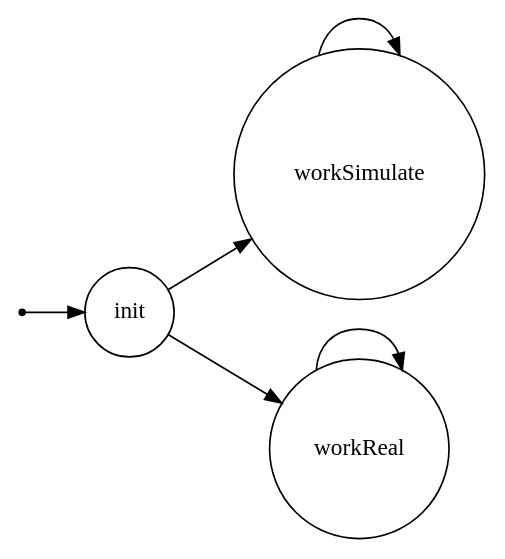
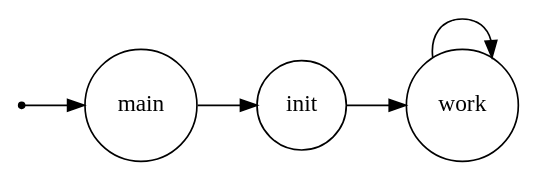
The diagram in srcMore/it/unibo/sensorsonar/dotFsm.gv (Diantha/TemaFinaleISS), drawn with Graphviz before and after one commit. The commit also changed 13 other files, not shown here.

```diff
--- a/srcMore/it/unibo/sensorsonar/dotFsm.gv
+++ b/srcMore/it/unibo/sensorsonar/dotFsm.gv
@@ -1,25 +1,24 @@
 /*
 *
 * A GraphViz DOT FSM description 
 * Please use a GraphViz visualizer (like http://www.webgraphviz.com)
 * 
 * Generated by AM,NC,RM
 *  
 */
  
 digraph finite_state_machine {
   	rankdir=LR;
   	size="8,5"
   	node [shape = point]; iniziale;
   	node [shape = doublecircle]; 
   	node [shape = circle];
-  	iniziale -> init [label = ""];
+  	iniziale -> main [label = ""];
   	
   	
-  	init -> workSimulate [ label = ""];
-  	init -> workReal [ label = ""];
+  	main -> init [ label = ""];
   	
-  	workSimulate -> workSimulate [ label = ""];
+  	init -> work [ label = ""];
   	
-  	workReal -> workReal [ label = ""];
+  	work -> work [ label = ""];
 }
```
